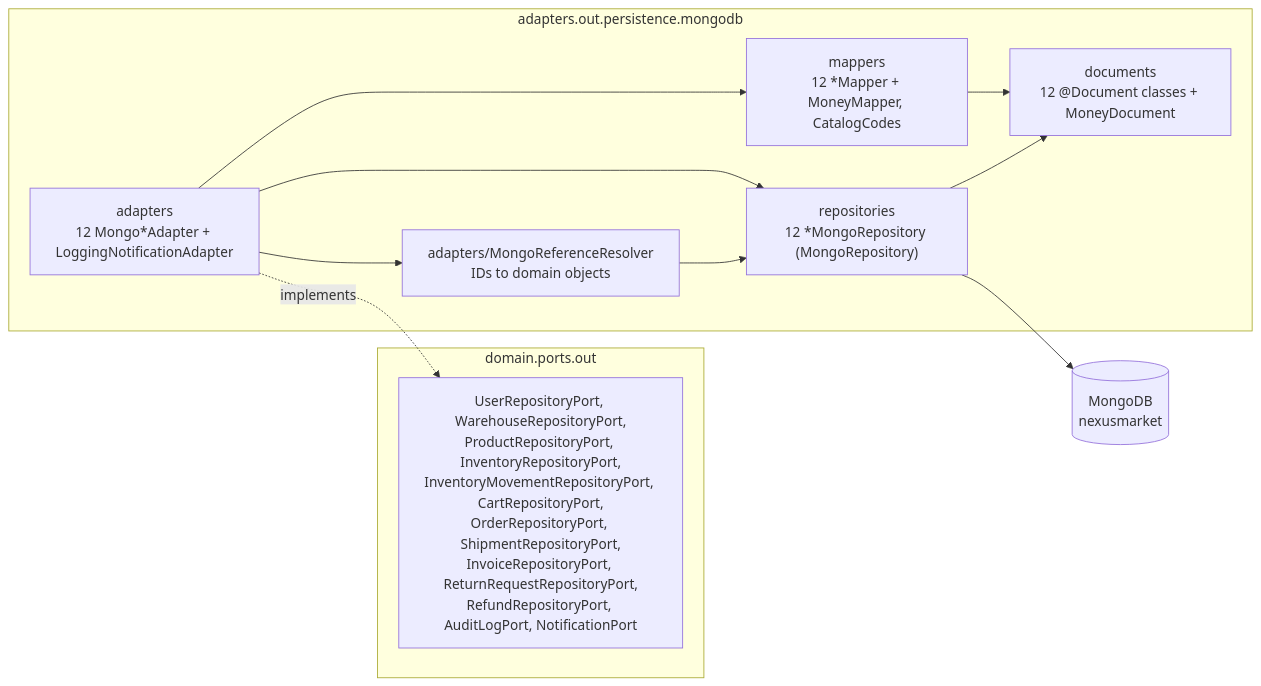
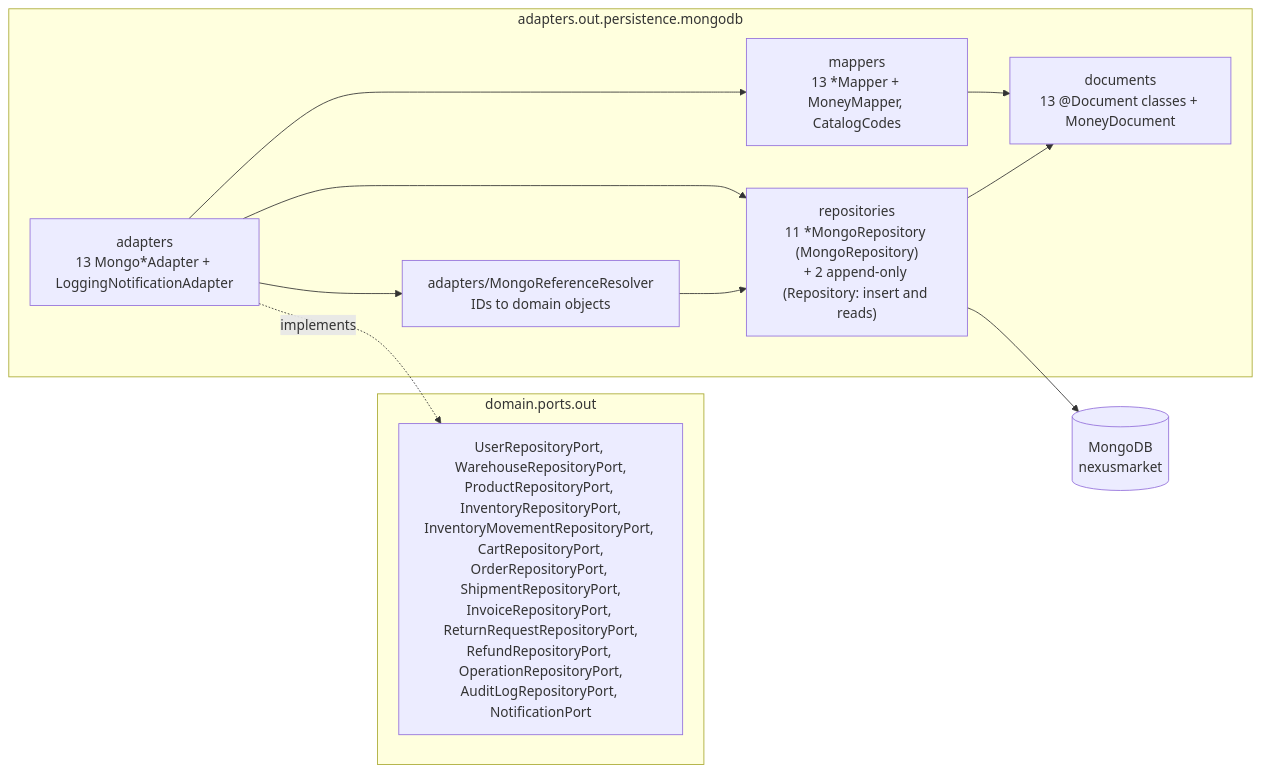
One commit to Spuerta18/Nexuss changed the diagram in SDD/C4/07-layer-adapters-persistence.md. Above: the diagram before and after it, drawn with Mermaid. The commit also changed other lines of this file and 34 other files, not shown here.

````diff
--- a/SDD/C4/07-layer-adapters-persistence.md
+++ b/SDD/C4/07-layer-adapters-persistence.md
@@ -9,23 +9,23 @@
 ```mermaid
 flowchart LR
     subgraph domain["domain.ports.out"]
-        P["UserRepositoryPort, WarehouseRepositoryPort,<br/>ProductRepositoryPort, InventoryRepositoryPort,<br/>InventoryMovementRepositoryPort, CartRepositoryPort,<br/>OrderRepositoryPort, ShipmentRepositoryPort,<br/>InvoiceRepositoryPort, ReturnRequestRepositoryPort,<br/>RefundRepositoryPort, AuditLogPort, NotificationPort"]
+        P["UserRepositoryPort, WarehouseRepositoryPort,<br/>ProductRepositoryPort, InventoryRepositoryPort,<br/>InventoryMovementRepositoryPort, CartRepositoryPort,<br/>OrderRepositoryPort, ShipmentRepositoryPort,<br/>InvoiceRepositoryPort, ReturnRequestRepositoryPort,<br/>RefundRepositoryPort, OperationRepositoryPort,<br/>AuditLogRepositoryPort, NotificationPort"]
     end
     subgraph mongo["adapters.out.persistence.mongodb"]
-        A["adapters<br/>12 Mongo*Adapter + LoggingNotificationAdapter"]
+        A["adapters<br/>13 Mongo*Adapter + LoggingNotificationAdapter"]
         RR["adapters/MongoReferenceResolver<br/>IDs to domain objects"]
-        M["mappers<br/>12 *Mapper + MoneyMapper, CatalogCodes"]
-        R["repositories<br/>12 *MongoRepository (MongoRepository)"]
-        D["documents<br/>12 @Document classes + MoneyDocument"]
+        M["mappers<br/>13 *Mapper + MoneyMapper, CatalogCodes"]
+        R["repositories<br/>11 *MongoRepository (MongoRepository)<br/>+ 2 append-only (Repository: insert and reads)"]
+        D["documents<br/>13 @Document classes + MoneyDocument"]
     end
     DB[("MongoDB<br/>nexusmarket")]
 
     A -. implements .-> P
     A --> M
     A --> R
     A --> RR
     RR --> R
     M --> D
     R --> D
     R --> DB
 ```
````
